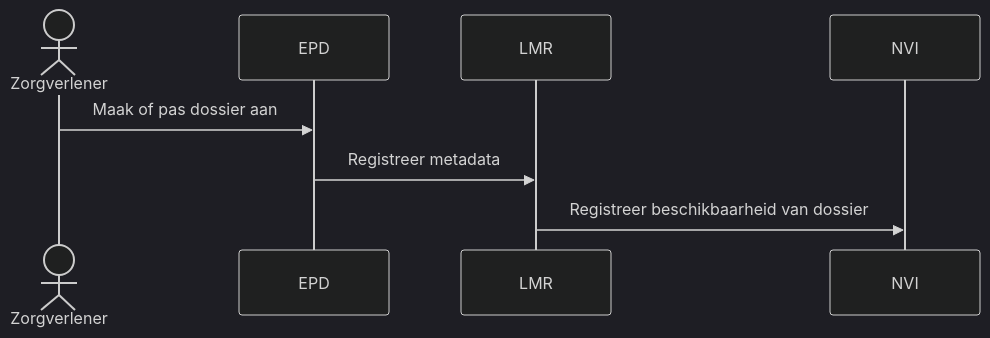
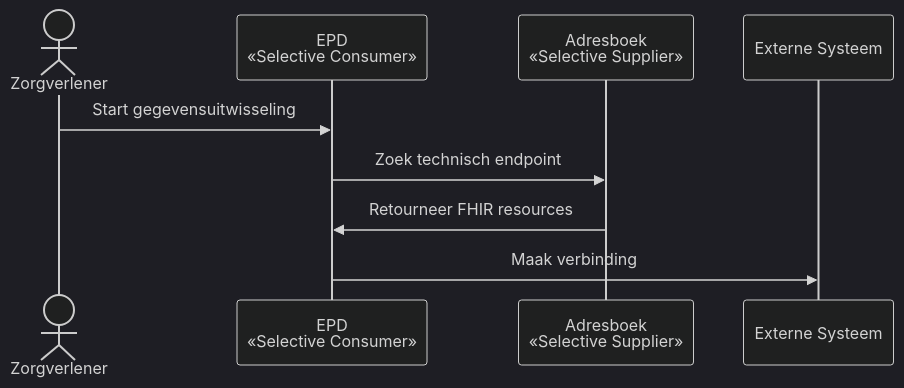
The first of 3 diagrams in docs/adressering/03_gebruiks_casussen.md (minvws/gfmodules-functionele-documentatie), drawn with Mermaid (dark theme) before and after one commit. The commit also changed other lines of this file, not shown here.

````diff
--- a/docs/adressering/03_gebruiks_casussen.md
+++ b/docs/adressering/03_gebruiks_casussen.md
@@ -46,11 +22,11 @@
 ```{mermaid}
 sequenceDiagram
     actor Zorgverlener
-    participant EPD
-    participant LMR
-    participant NVI
+    participant EPD as EPD<br>«Selective Consumer»
+    participant Adresboek as Adresboek<br>«Selective Supplier»
 
-    Zorgverlener->>EPD: Maak of pas dossier aan
-    EPD->>LMR: Registreer metadata
-    LMR->>NVI: Registreer beschikbaarheid van dossier
+    Zorgverlener->>EPD: Start gegevensuitwisseling
+    EPD->>Adresboek: Zoek technisch endpoint
+    Adresboek->>EPD: Retourneer FHIR resources
+    EPD->>Externe Systeem: Maak verbinding
 ```
````
